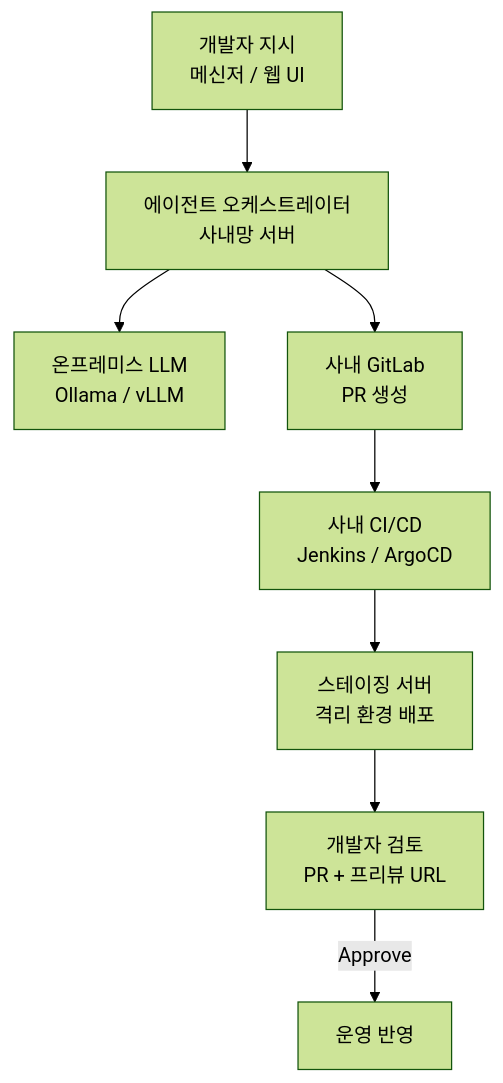
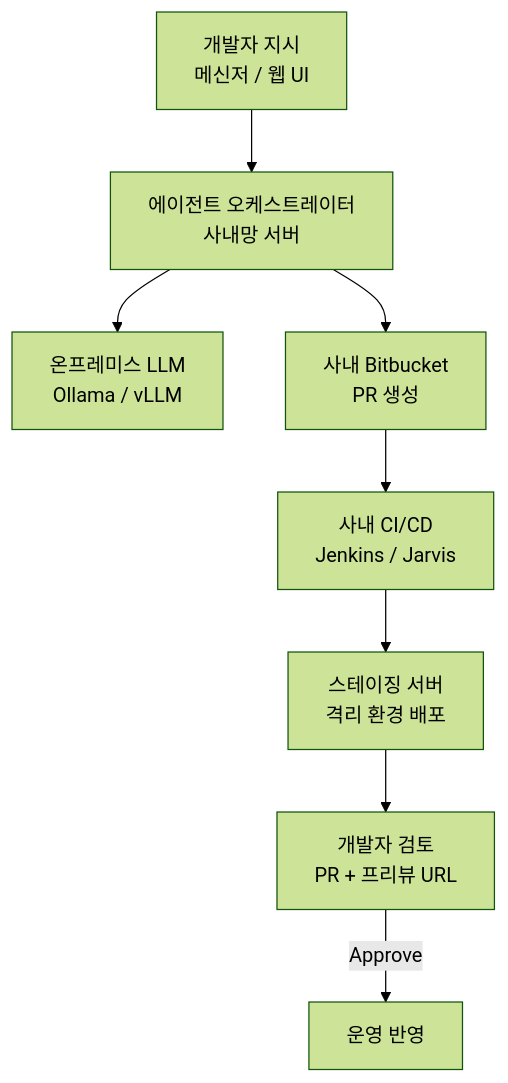
One commit to Mike-kor/my-agent-docs changed the second of 2 diagrams in index.md. Above: the diagram before and after it, drawn with Mermaid (forest theme). The commit also changed other lines of this file and 1 other file, not shown here.

Commit message:
docs: Cursor Automations 섹션 → 요약 callout으로 축소, 사내 매핑 GitLab 제거·ArgoCD→Jarvis, 난이도 영문 표기

```diff
--- a/index.md
+++ b/index.md
@@ -750,10 +705,10 @@
         <pre class="mermaid">
 flowchart TD
     A[개발자 지시\n메신저 / 웹 UI] --> B[에이전트 오케스트레이터\n사내망 서버]
     B --> C[온프레미스 LLM\nOllama / vLLM]
-    B --> D[사내 GitLab\nPR 생성]
-    D --> E[사내 CI/CD\nJenkins / ArgoCD]
+    B --> D[사내 Bitbucket\nPR 생성]
+    D --> E[사내 CI/CD\nJenkins / Jarvis]
     E --> F[스테이징 서버\n격리 환경 배포]
     F --> G[개발자 검토\nPR + 프리뷰 URL]
     G -->|Approve| H[운영 반영]
         </pre>
```
